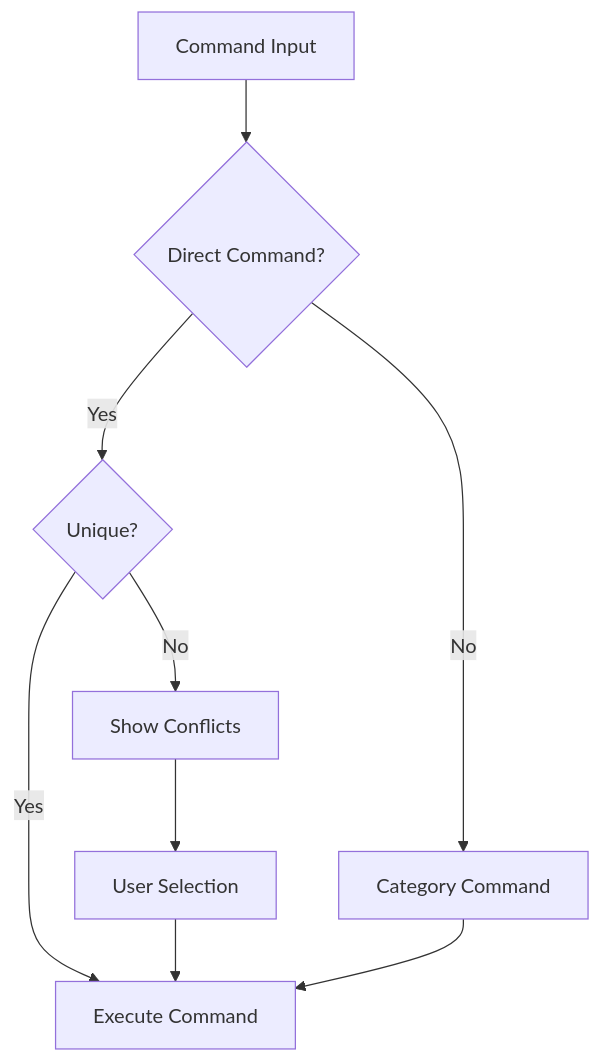
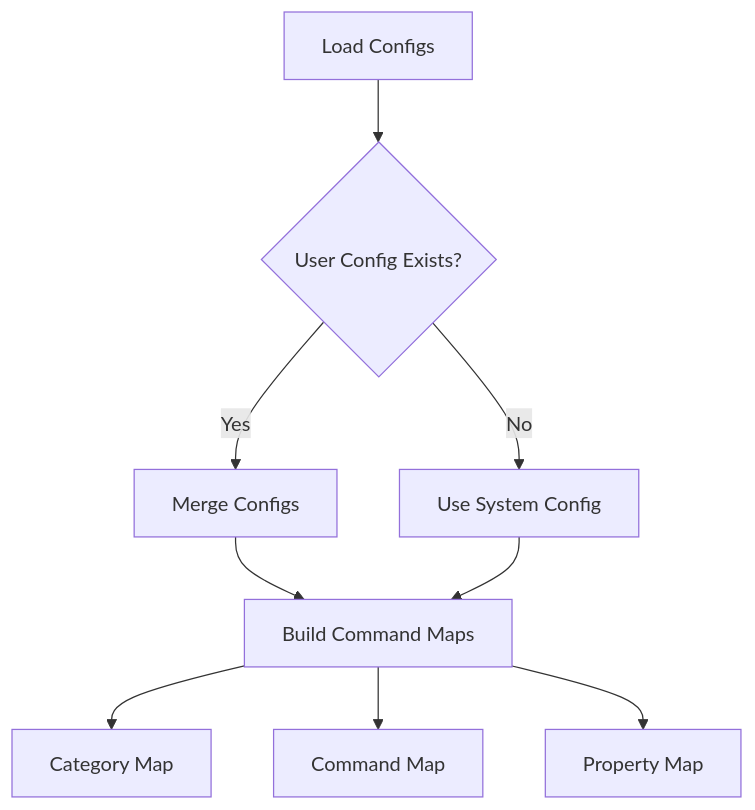
Before and after one commit to osama96gh/Me-Tool: the third of 3 diagrams in memory-bank/systemPatterns.md, drawn with Mermaid. The commit also changed other lines of this file and 15 other files, not shown here.

Commit message:
Refactor installation process to support dynamic YAML configuration and user customization; removed hardcoded category files.

````diff
--- a/memory-bank/systemPatterns.md
+++ b/memory-bank/systemPatterns.md
@@ -4,14 +46,14 @@
 ```mermaid
 flowchart TD
-    A[Command Input] --> B{Direct Command?}
-    B -->|Yes| C{Unique?}
-    B -->|No| D[Category Command]
+    A[Load Configs] --> B{User Config Exists?}
     
-    C -->|Yes| E[Execute Command]
-    C -->|No| F[Show Conflicts]
+    B -->|Yes| C[Merge Configs]
+    B -->|No| D[Use System Config]
     
-    F --> G[User Selection]
-    G --> E
+    C --> E[Build Command Maps]
+    D --> E
     
-    D --> E
+    E --> F[Category Map]
+    E --> G[Command Map]
+    E --> H[Property Map]
 ```
````
